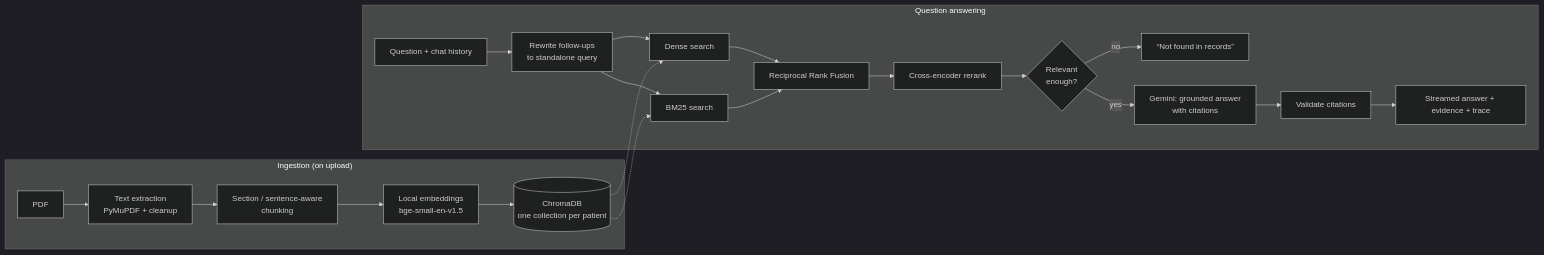
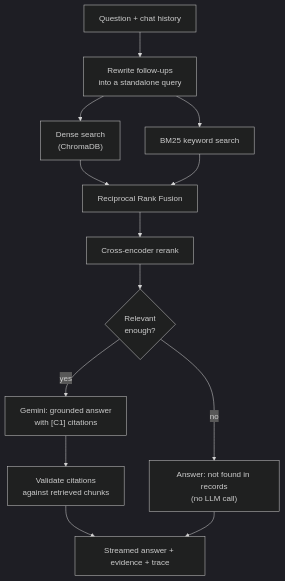
Before and after one commit to Dinesh-M-4103/clinical-assistant-rag: the second of 2 diagrams in README.md, drawn with Mermaid (dark theme). The commit also changed other lines of this file, not shown here.

````diff
--- a/README.md
+++ b/README.md
@@ -40,25 +53,15 @@
 ```mermaid
-flowchart LR
-    subgraph Ingest["Ingestion (on upload)"]
-        A[PDF] --> B[Text extraction<br/>PyMuPDF + cleanup]
-        B --> C[Section / sentence-aware<br/>chunking]
-        C --> D[Local embeddings<br/>bge-small-en-v1.5]
-        D --> E[(ChromaDB<br/>one collection per patient)]
-    end
-
-    subgraph Query["Question answering"]
-        Q[Question + chat history] --> R[Rewrite follow-ups<br/>to standalone query]
-        R --> S1[Dense search]
-        R --> S2[BM25 search]
-        E -.-> S1
-        E -.-> S2
-        S1 --> F[Reciprocal Rank Fusion]
-        S2 --> F
-        F --> G[Cross-encoder rerank]
-        G --> H{Relevant<br/>enough?}
-        H -- no --> N[“Not found in records”]
-        H -- yes --> L[Gemini: grounded answer<br/>with citations]
-        L --> V[Validate citations]
-        V --> U[Streamed answer + evidence + trace]
-    end
+flowchart TB
+    Q["Question + chat history"] --> R["Rewrite follow-ups<br/>into a standalone query"]
+    R --> S1["Dense search<br/>(ChromaDB)"]
+    R --> S2["BM25 keyword search"]
+    S1 --> F["Reciprocal Rank Fusion"]
+    S2 --> F
+    F --> G["Cross-encoder rerank"]
+    G --> H{"Relevant<br/>enough?"}
+    H -- "no" --> N["Answer: not found in records<br/>(no LLM call)"]
+    H -- "yes" --> L["Gemini: grounded answer<br/>with [C1] citations"]
+    L --> V["Validate citations<br/>against retrieved chunks"]
+    V --> U["Streamed answer + evidence + trace"]
+    N --> U
 ```
````
